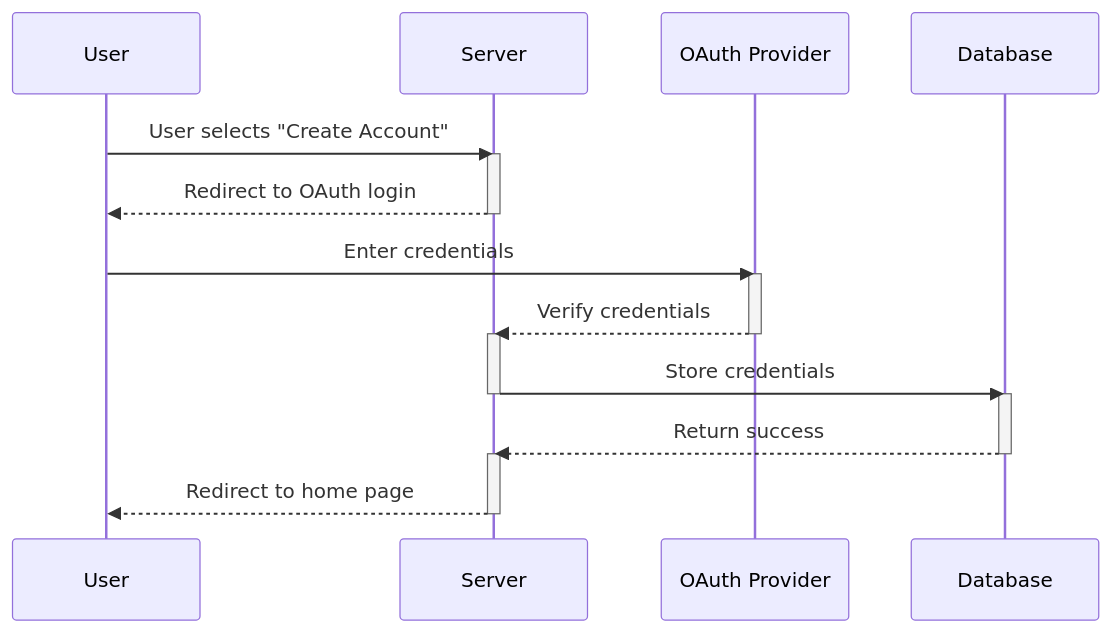
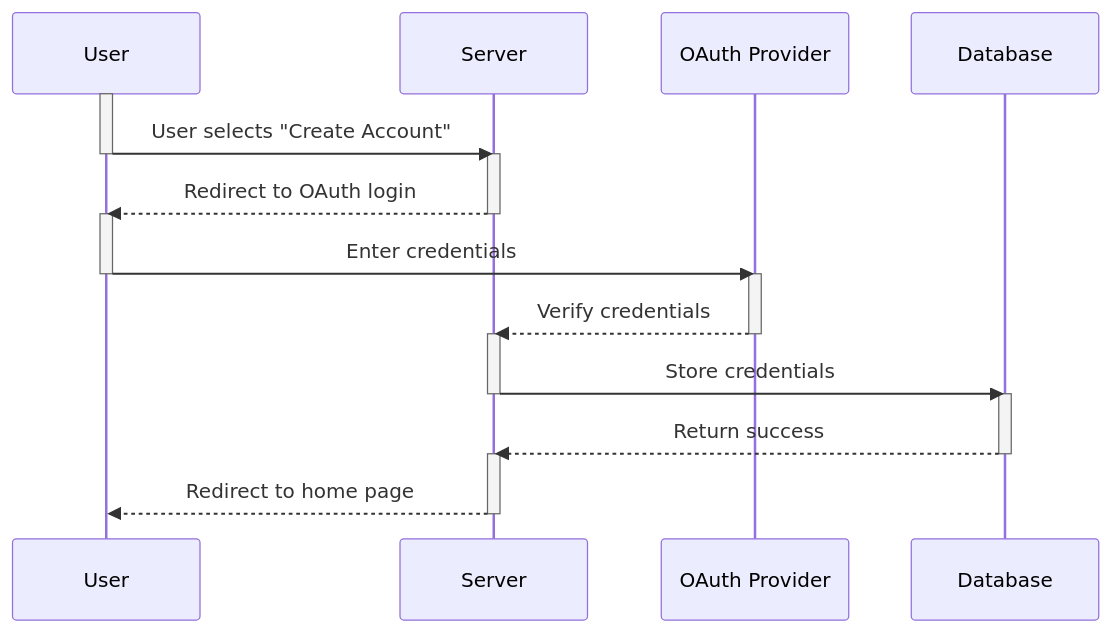
Before and after one commit to capstone-projects-2024-fall/project-whiteboardflow: the fourth of 8 diagrams in documentation/docs/system-architecture/Sequence Diagrams.md, drawn with Mermaid. The commit also changed other lines of this file, not shown here.

First line of the commit message:
Revise sequence diagrams

````diff
--- a/documentation/docs/system-architecture/Sequence Diagrams.md
+++ b/documentation/docs/system-architecture/Sequence Diagrams.md
@@ -115,34 +127,38 @@
 ```mermaid
 
 sequenceDiagram
 
 participant User
 participant Server
 participant OAuth Provider
 participant Database
 
-User->>Server:User selects "Create Account"
+activate User
+User ->> Server: User selects "Create Account"
+deactivate User
 
 activate Server
-Server-->>User:Redirect to OAuth login
+Server -->> User: Redirect to OAuth login
 deactivate Server
 
-User->>OAuth Provider:Enter credentials
+activate User
+User ->> OAuth Provider: Enter credentials
+deactivate User
 
 activate OAuth Provider
-OAuth Provider-->>Server:Verify credentials
+OAuth Provider -->> Server: Verify credentials
 deactivate OAuth Provider
 
 activate Server
-Server->>Database:Store credentials
+Server ->> Database: Store credentials
 deactivate Server
 
 activate Database
-Database-->>Server:Return success
+Database -->> Server: Return success
 deactivate Database
 
 activate Server
-Server-->>User:Redirect to home page
+Server -->> User: Redirect to home page
 deactivate Server
 
 ```
````
